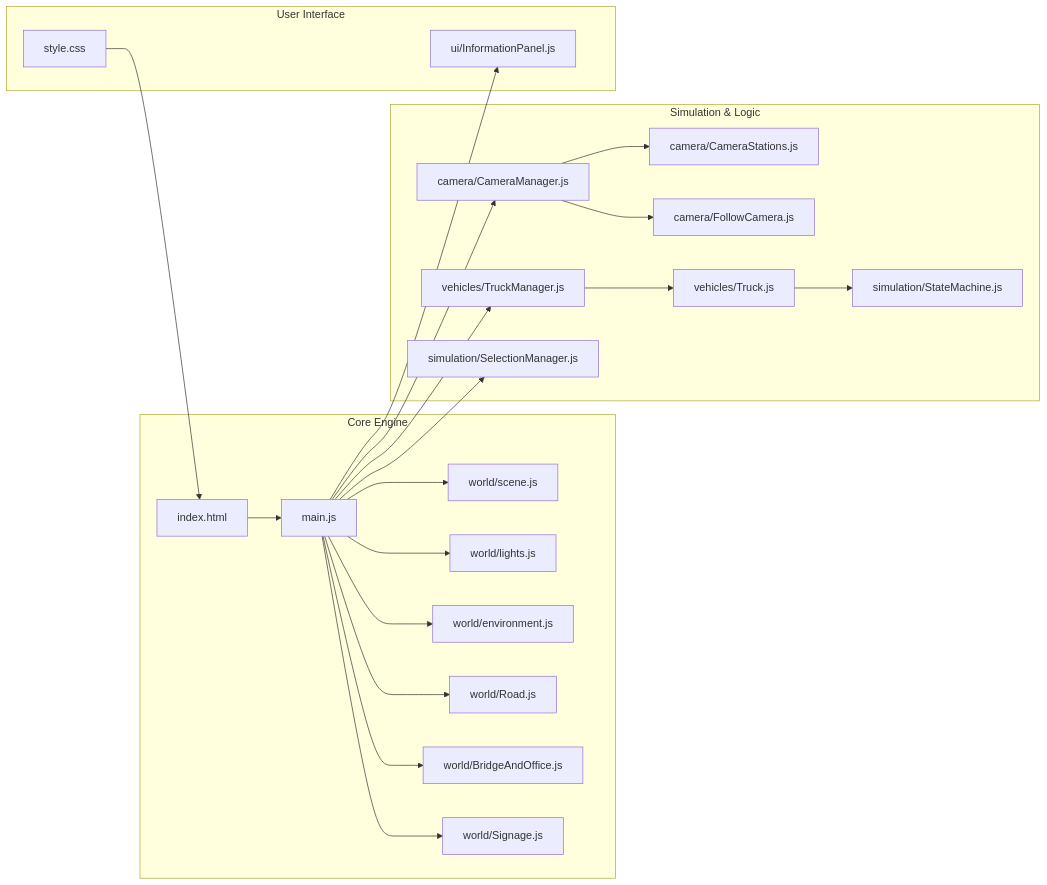
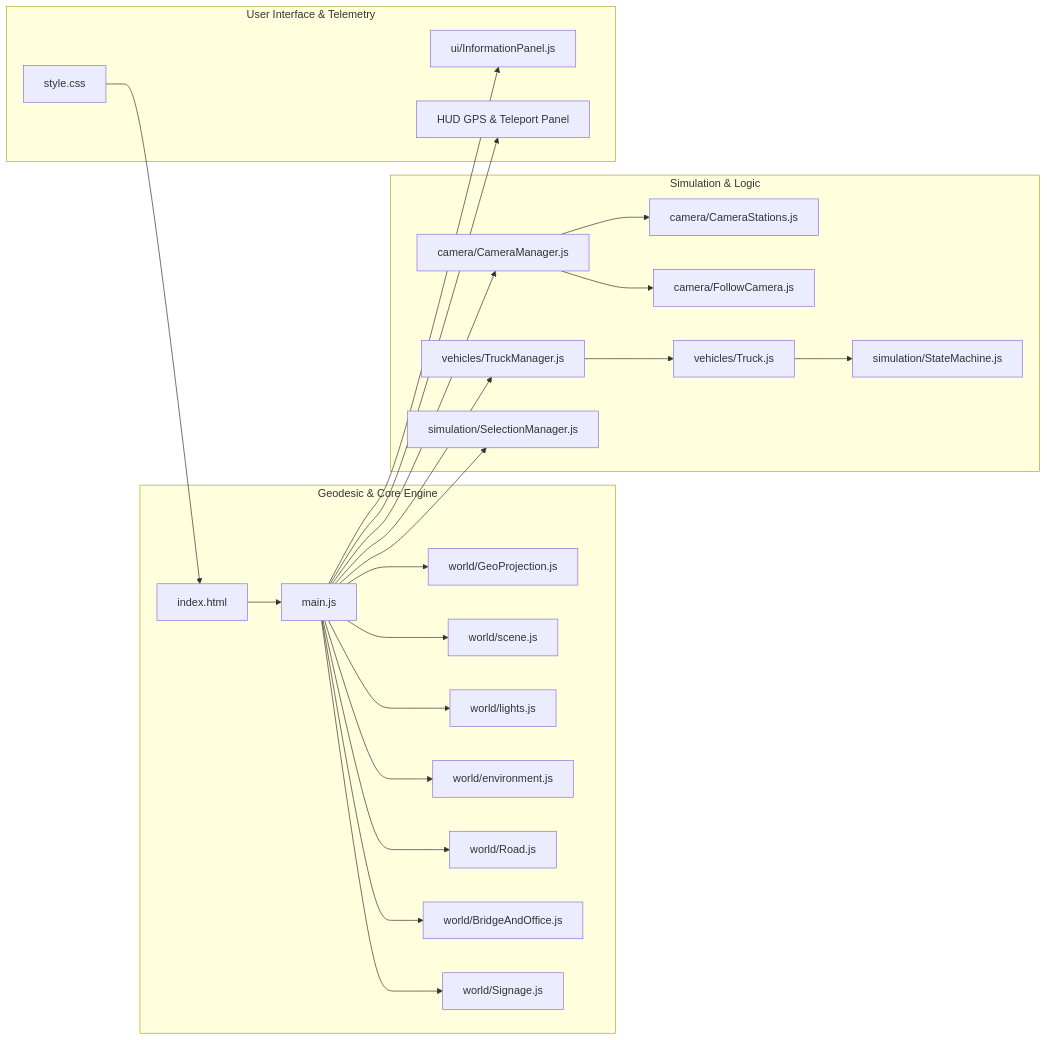
One commit to ilhamwirayudha/terminal-simulator changed the third of 3 diagrams in README.md. Above: the diagram before and after it, drawn with Mermaid. The commit also changed other lines of this file and 38 other files, not shown here.

````diff
--- a/README.md
+++ b/README.md
@@ -126,27 +163,29 @@
 ```mermaid
 graph LR
-    subgraph Core Engine
+    subgraph Geodesic & Core Engine
         HTML[index.html] --> Main[main.js]
+        Main --> Geo[world/GeoProjection.js]
         Main --> Scene[world/scene.js]
         Main --> Lights[world/lights.js]
         Main --> Env[world/environment.js]
         Main --> Road[world/Road.js]
         Main --> Bridge[world/BridgeAndOffice.js]
         Main --> Signage[world/Signage.js]
     end
 
     subgraph Simulation & Logic
         Main --> CamMgr[camera/CameraManager.js]
         CamMgr --> CamStations[camera/CameraStations.js]
         CamMgr --> FollowCam[camera/FollowCamera.js]
         Main --> TrkMgr[vehicles/TruckManager.js]
         TrkMgr --> Truck[vehicles/Truck.js]
         Truck --> FSM[simulation/StateMachine.js]
         Main --> SelectMgr[simulation/SelectionManager.js]
     end
 
-    subgraph User Interface
+    subgraph User Interface & Telemetry
         Main --> InfoPanel[ui/InformationPanel.js]
+        Main --> GPSTelemetry[HUD GPS & Teleport Panel]
         CSS[style.css] --> HTML
     end
 ```
````
